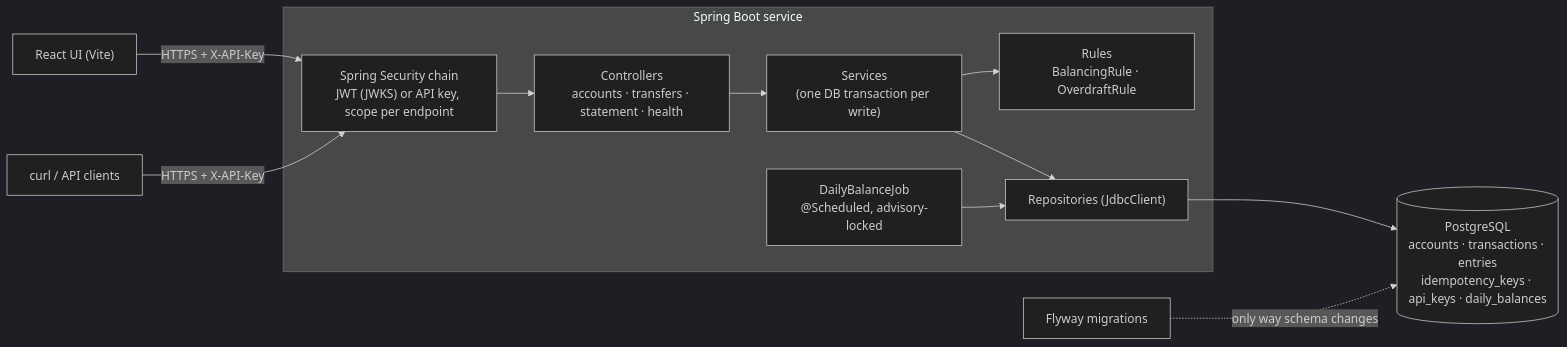
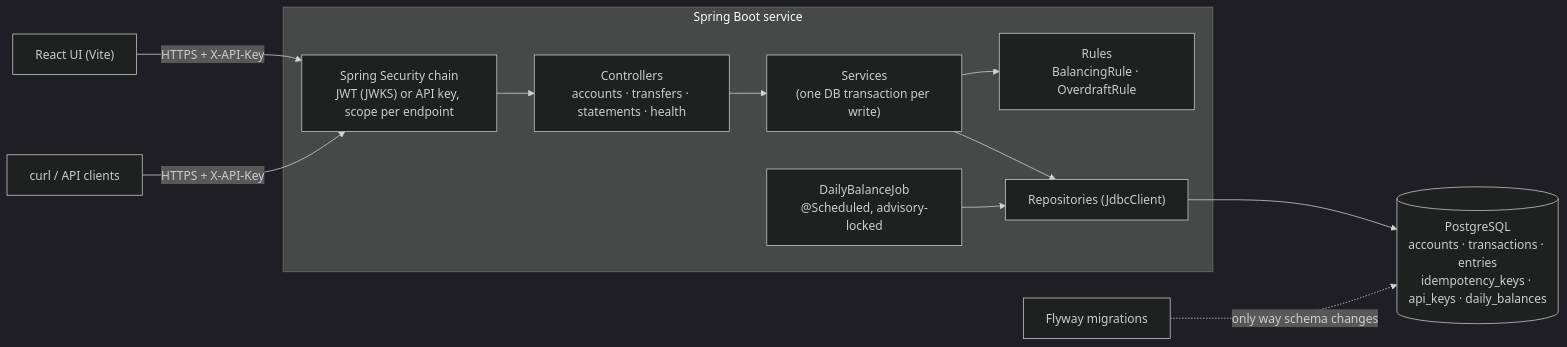
The first of 2 diagrams in README.md (debsamanta5571-dot/ledger-service), drawn with Mermaid (dark theme) before and after one commit. The commit also changed other lines of this file and 33 other files, not shown here.

````diff
--- a/README.md
+++ b/README.md
@@ -25,16 +25,16 @@
 ```mermaid
 flowchart LR
     UI["React UI (Vite)"] -->|HTTPS + X-API-Key| F
     CLI["curl / API clients"] -->|HTTPS + X-API-Key| F
 
     subgraph Service["Spring Boot service"]
-        F["Spring Security chain<br/>JWT (JWKS) or API key, scope per endpoint"] --> C["Controllers<br/>accounts · transfers · statement · health"]
+        F["Spring Security chain<br/>JWT (JWKS) or API key, scope per endpoint"] --> C["Controllers<br/>accounts · transfers · statements · health"]
         C --> S["Services<br/>(one DB transaction per write)"]
         S --> R["Rules<br/>BalancingRule · OverdraftRule"]
         S --> Repo["Repositories (JdbcClient)"]
         J["DailyBalanceJob<br/>@Scheduled, advisory-locked"] --> Repo
     end
 
     Repo --> DB[("PostgreSQL<br/>accounts · transactions · entries<br/>idempotency_keys · api_keys · daily_balances")]
     FW["Flyway migrations"] -.->|only way schema changes| DB
 ```
````
